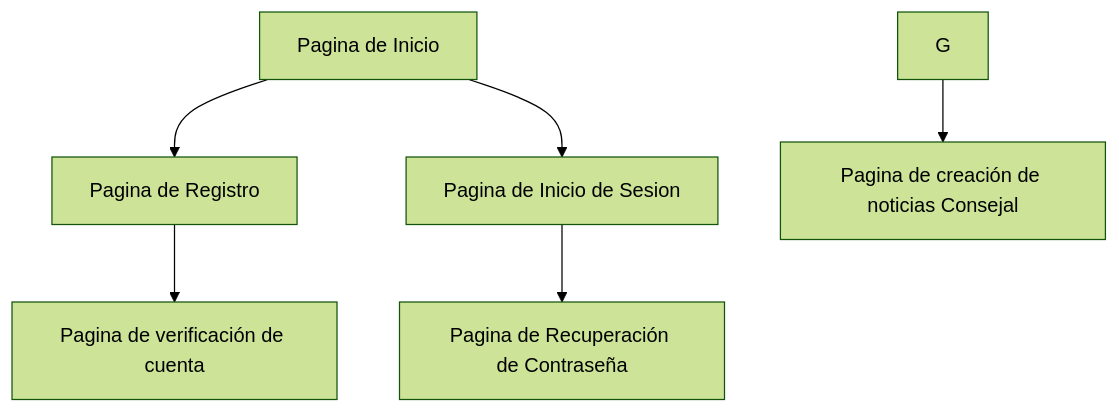
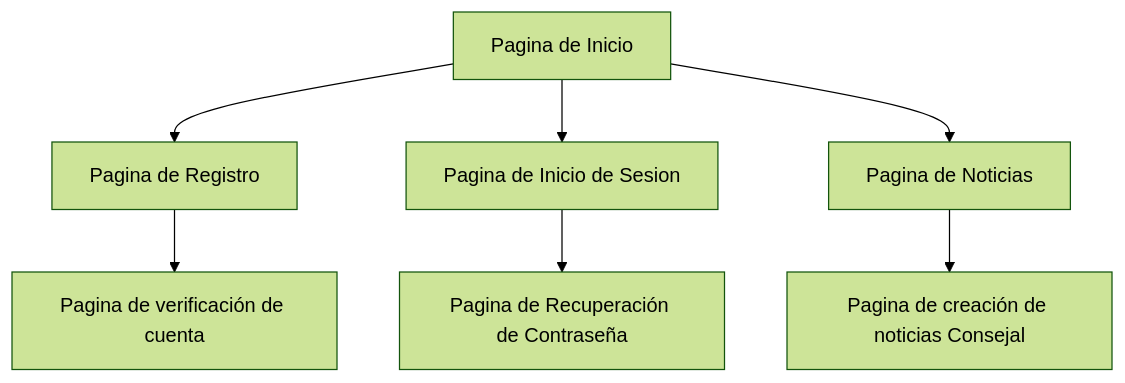
The diagram in Site map/Sitemap.mmd (BryanMillon/Proyecto1_Grupo2), drawn with Mermaid (forest theme) before and after one commit.

Commit message:
SiteMapMaciel
Linea9

```diff
--- a/Site map/Sitemap.mmd
+++ b/Site map/Sitemap.mmd
@@ -1,7 +1,8 @@
 graph TD;
 
 A[Pagina de Inicio] --> B[Pagina de Registro]
 B --> C[Pagina de verificación de cuenta]
 G --> I[Pagina de creación de noticias Consejal]
 A --> D[Pagina de Inicio de Sesion]
 D --> E[Pagina de Recuperación de Contraseña]
+A --> G[Pagina de Noticias]
```
